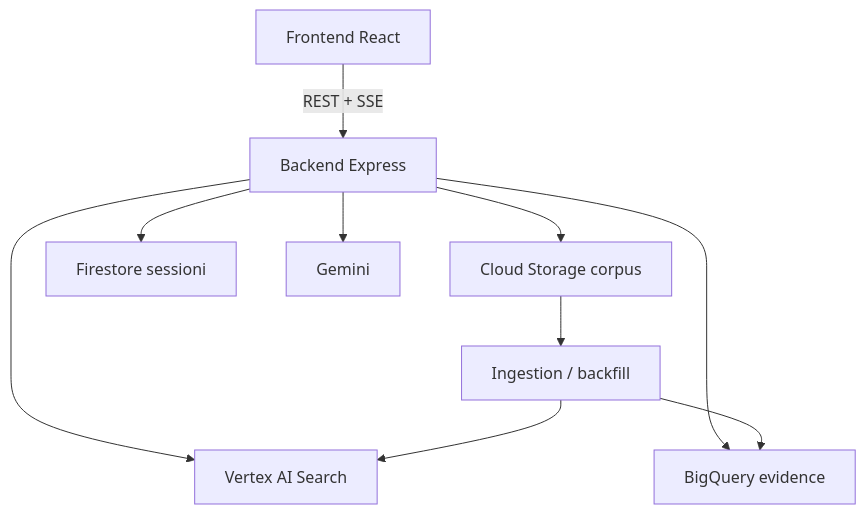
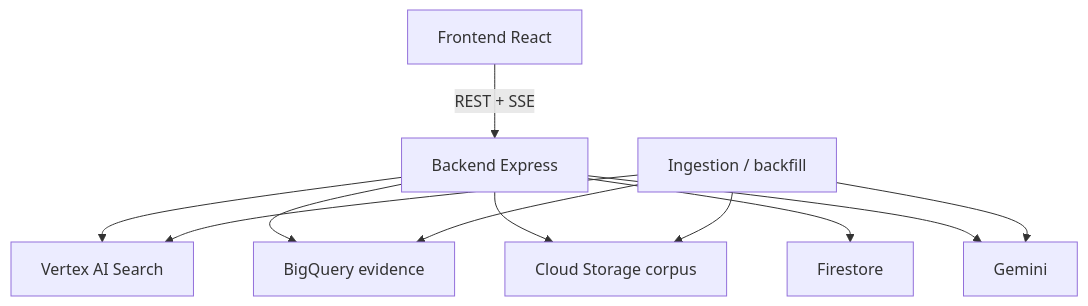
One commit to 3n1gm496/moby-prince changed the diagram in README.md. Above: the diagram before and after it, drawn with Mermaid. The commit also changed other lines of this file and 35 other files, not shown here.

````diff
--- a/README.md
+++ b/README.md
@@ -27,21 +126,22 @@
 ```mermaid
 graph TD
     FE["Frontend React"]
     BE["Backend Express"]
     DE["Vertex AI Search"]
     BQ["BigQuery evidence"]
     GCS["Cloud Storage corpus"]
-    FS["Firestore sessioni"]
+    FS["Firestore"]
     GM["Gemini"]
     ING["Ingestion / backfill"]
 
     FE -->|REST + SSE| BE
     BE --> DE
     BE --> BQ
     BE --> GCS
     BE --> FS
     BE --> GM
-    GCS --> ING
+    ING --> GCS
     ING --> DE
     ING --> BQ
+    ING --> GM
 ```
````
